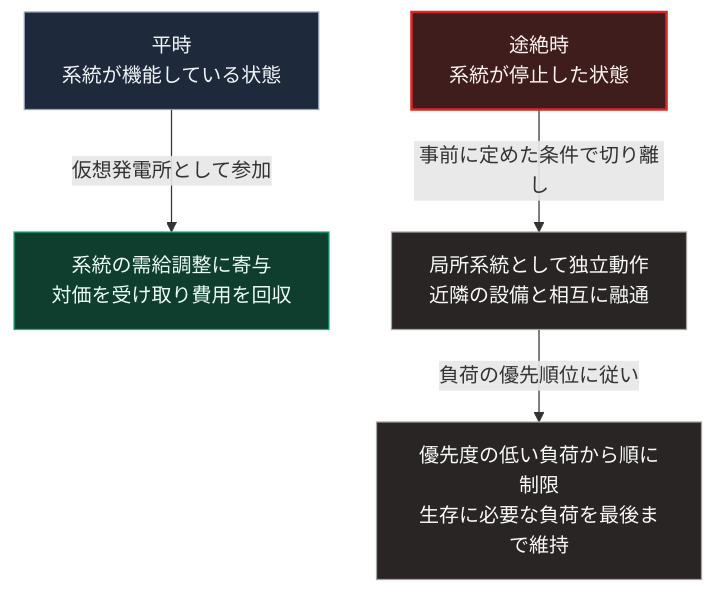
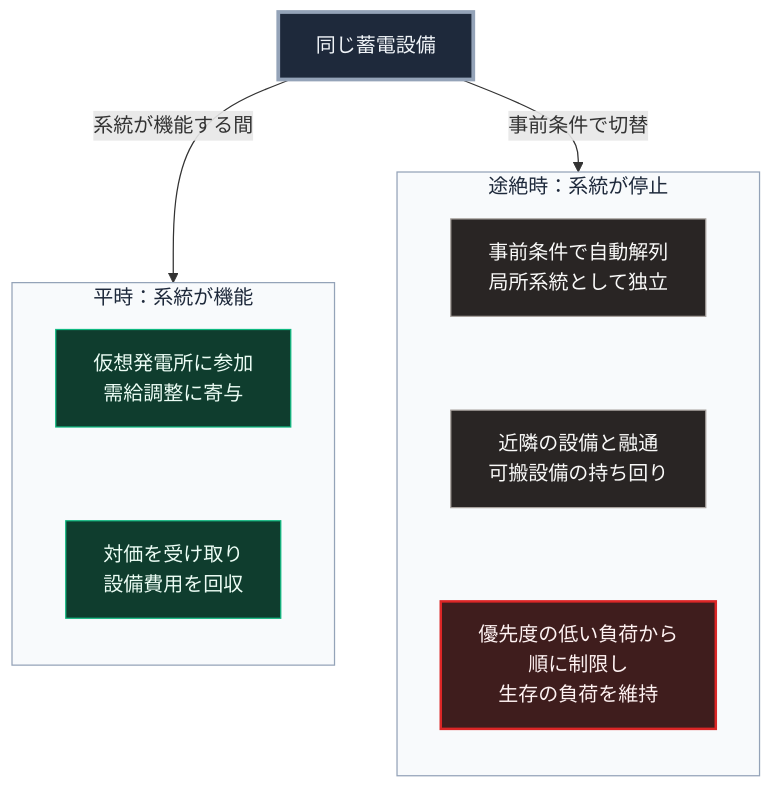
Before and after one commit to Takenori-Kusaka/zenn-content: the diagram in books/sovereign-resilience-blueprint/52_vpp-peer-to-peer-load-sharing.md, drawn with Mermaid. The commit also changed other lines of this file and 114 other files, not shown here.

````diff
--- a/books/sovereign-resilience-blueprint/52_vpp-peer-to-peer-load-sharing.md
+++ b/books/sovereign-resilience-blueprint/52_vpp-peer-to-peer-load-sharing.md
@@ -53,14 +53,24 @@
 ```mermaid
 flowchart TD
-    N[平時<br>系統が機能している状態]
-    N -->|仮想発電所として参加| A[系統の需給調整に寄与<br>対価を受け取り費用を回収]
-    D[途絶時<br>系統が停止した状態]
-    D -->|事前に定めた条件で切り離し| B[局所系統として独立動作<br>近隣の設備と相互に融通]
-    B -->|負荷の優先順位に従い| C[優先度の低い負荷から順に制限<br>生存に必要な負荷を最後まで維持]
+    E[同じ蓄電設備]
+    E -->|系統が機能する間| N
+    E -->|事前条件で切替| D
+    subgraph N[平時：系統が機能]
+        direction TB
+        A1[仮想発電所に参加<br>需給調整に寄与] ~~~ A2[対価を受け取り<br>設備費用を回収]
+    end
+    subgraph D[途絶時：系統が停止]
+        direction TB
+        B1[事前条件で自動解列<br>局所系統として独立] ~~~ B2[近隣の設備と融通<br>可搬設備の持ち回り]
+        B2 ~~~ B3[優先度の低い負荷から<br>順に制限し<br>生存の負荷を維持]
+    end
 
-    style N fill:#1e293b,stroke:#94a3b8,color:#f1f5f9
-    style A fill:#0f3d2e,stroke:#10b981,color:#ecfdf5
-    style D fill:#3f1d1d,stroke:#dc2626,stroke-width:2px,color:#fef2f2
-    style B fill:#292524,stroke:#a8a29e,color:#fafaf9
-    style C fill:#292524,stroke:#a8a29e,color:#fafaf9
+    style E fill:#1e293b,stroke:#94a3b8,stroke-width:3px,color:#f1f5f9
+    style A1 fill:#0f3d2e,stroke:#10b981,color:#ecfdf5
+    style A2 fill:#0f3d2e,stroke:#10b981,color:#ecfdf5
+    style B1 fill:#292524,stroke:#a8a29e,color:#fafaf9
+    style B2 fill:#292524,stroke:#a8a29e,color:#fafaf9
+    style B3 fill:#3f1d1d,stroke:#dc2626,stroke-width:2px,color:#fef2f2
+    style N fill:#f8fafc,stroke:#94a3b8,color:#1e293b
+    style D fill:#f8fafc,stroke:#94a3b8,color:#1e293b
 ```
````
